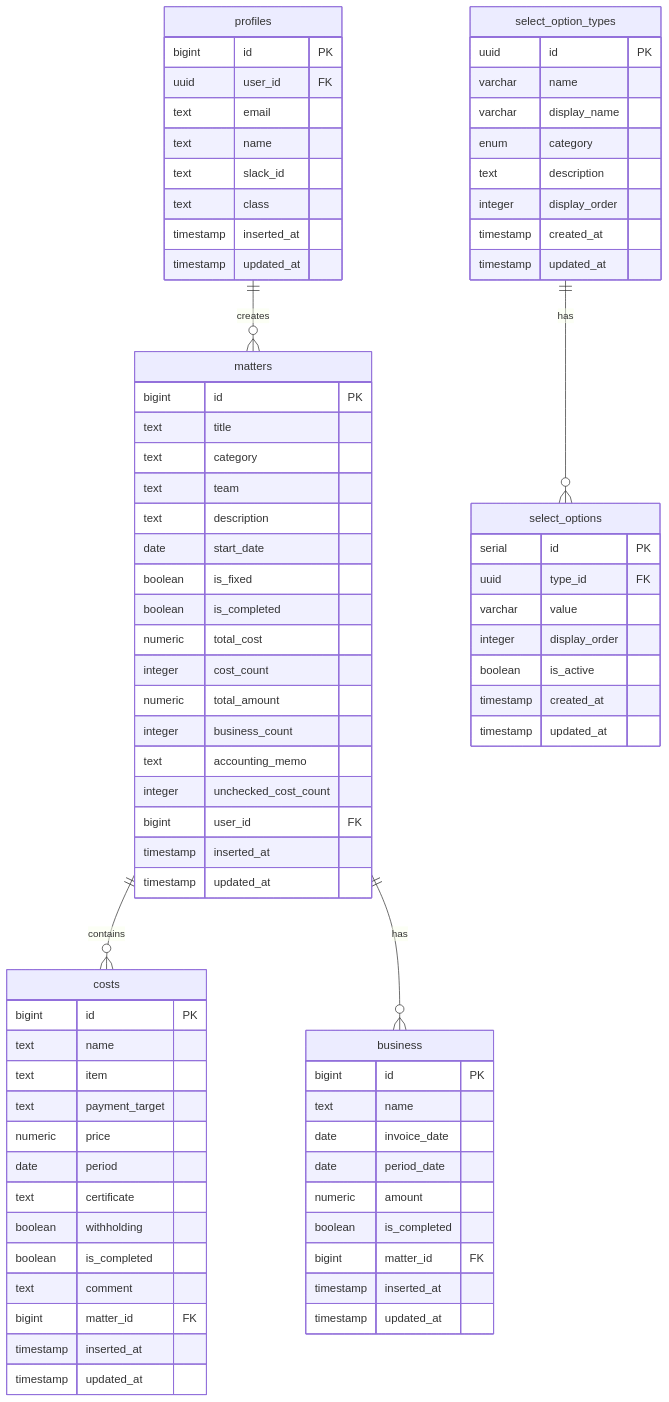
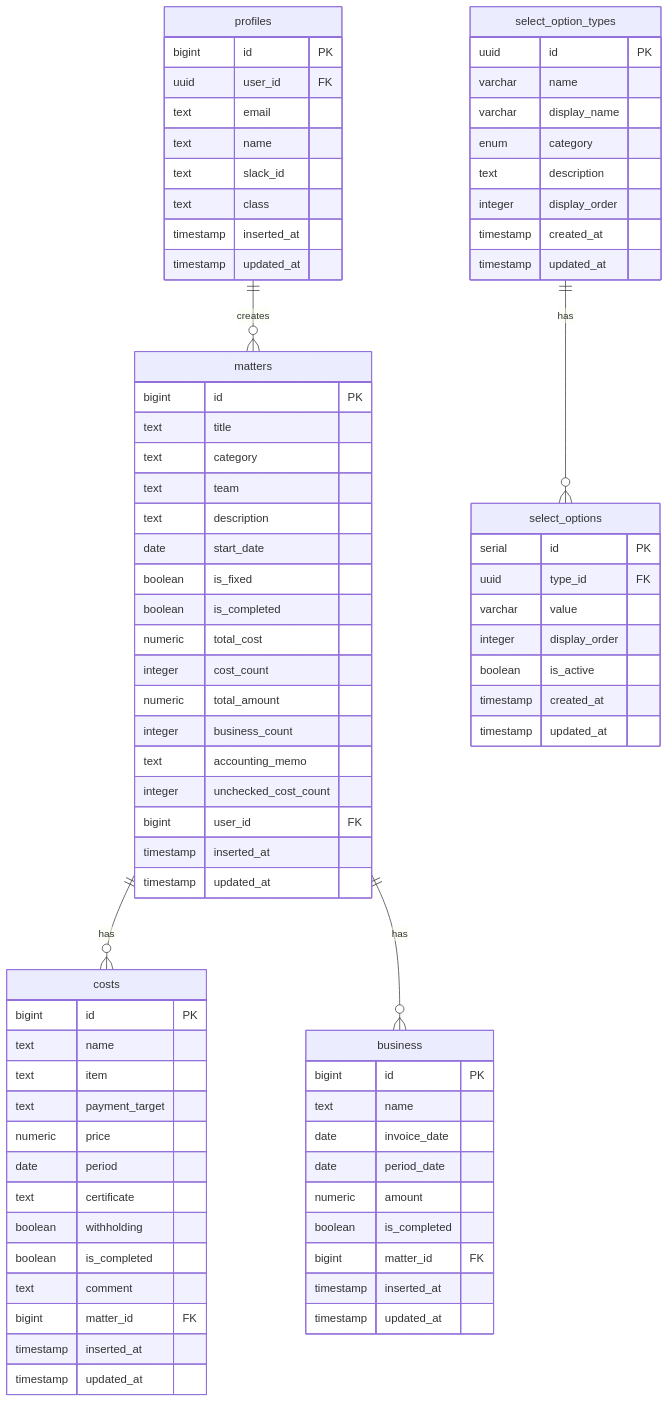
The diagram in docs/database.md (Singuralitylabs/accounting-system), drawn with Mermaid before and after one commit. The commit also changed other lines of this file, not shown here.

````diff
--- a/docs/database.md
+++ b/docs/database.md
@@ -478,7 +478,7 @@
 ```mermaid
 erDiagram
     profiles ||--o{ matters : "creates"
-    matters ||--o{ costs : "contains"
+    matters ||--o{ costs : "has"
     matters ||--o{ business : "has"
     select_option_types ||--o{ select_options : "has"
 
````
